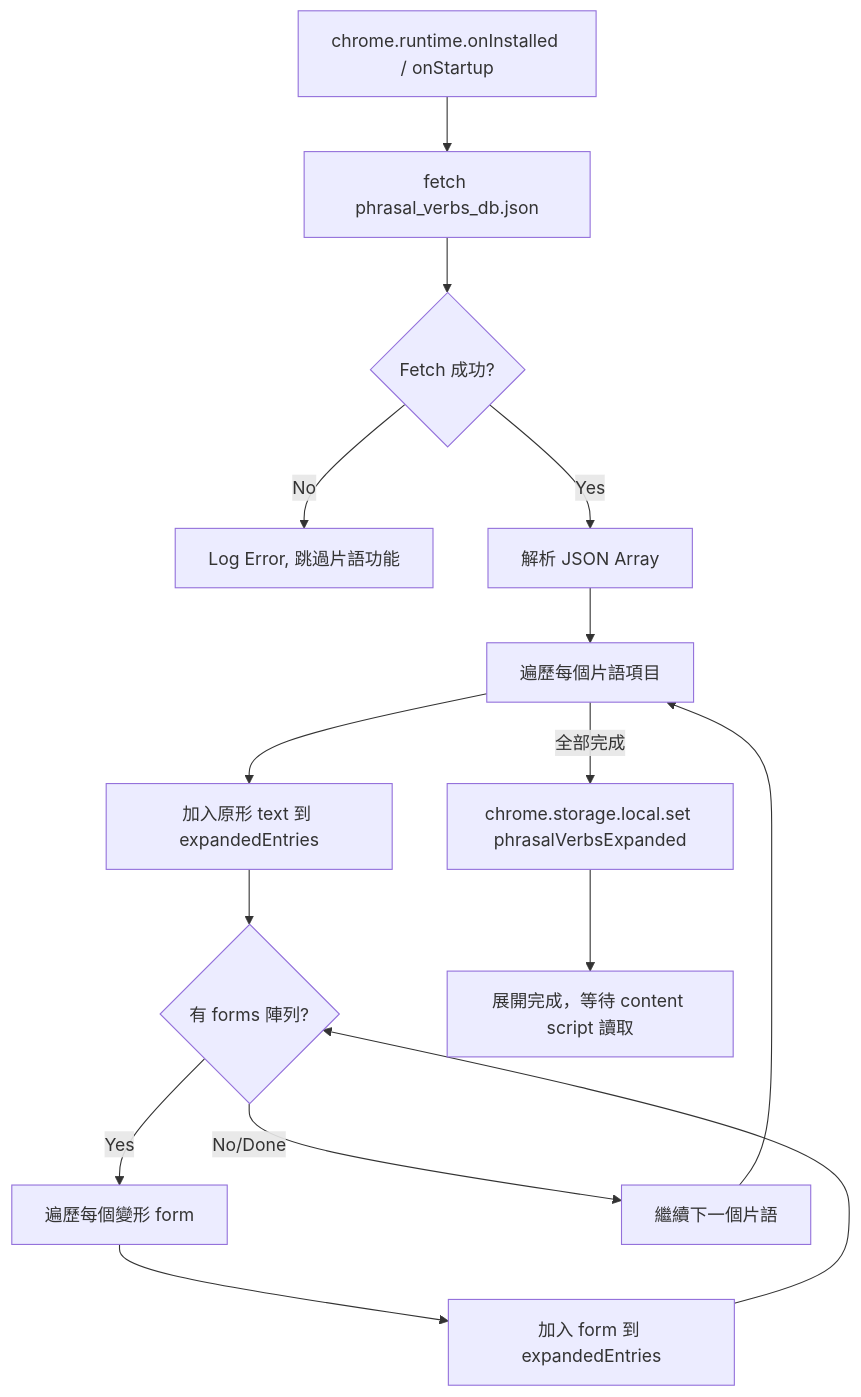
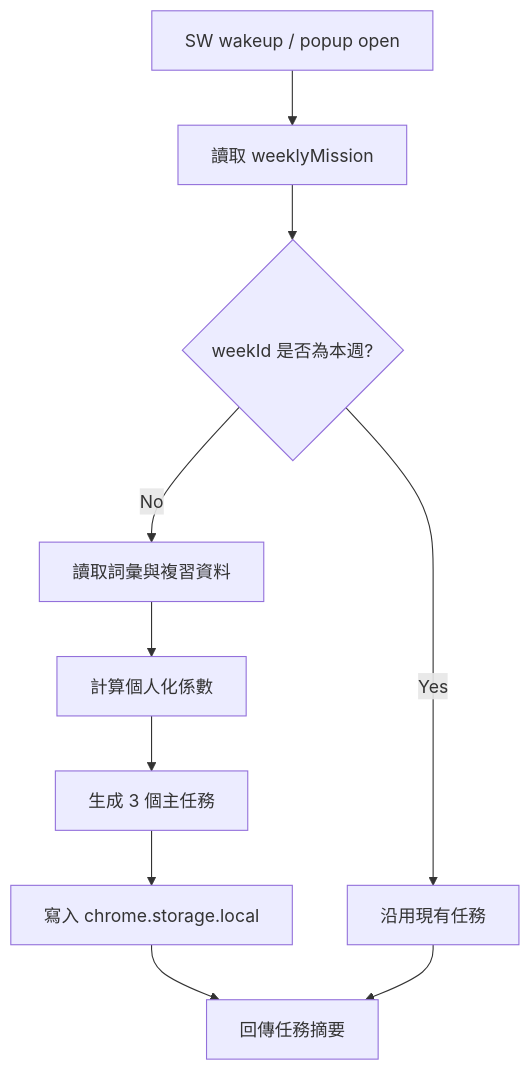
Before and after one commit to kylecheng3146/highlighting-translate: the first of 5 diagrams in .shared/05-flow-diagrams.md, drawn with Mermaid. The commit also changed other lines of this file and 24 other files, not shown here.

````diff
--- a/.shared/05-flow-diagrams.md
+++ b/.shared/05-flow-diagrams.md
@@ -16,17 +12,12 @@
 ```mermaid
 flowchart TD
-    A[chrome.runtime.onInstalled / onStartup] --> B[fetch phrasal_verbs_db.json]
-    B --> C{Fetch 成功?}
-    C -- No --> Z[Log Error, 跳過片語功能]
-    C -- Yes --> D[解析 JSON Array]
-    D --> E[遍歷每個片語項目]
-    E --> F[加入原形 text 到 expandedEntries]
-    F --> G{有 forms 陣列?}
-    G -- Yes --> H[遍歷每個變形 form]
-    H --> I[加入 form 到 expandedEntries]
-    I --> G
-    G -- No/Done --> J[繼續下一個片語]
-    J --> E
-    E -- 全部完成 --> K[chrome.storage.local.set phrasalVerbsExpanded]
-    K --> L[展開完成，等待 content script 讀取]
+    A[SW wakeup / popup open] --> B[讀取 weeklyMission]
+    B --> C{weekId 是否為本週?}
+    C -- No --> D[讀取詞彙與複習資料]
+    D --> E[計算個人化係數]
+    E --> F[生成 3 個主任務]
+    F --> G[寫入 chrome.storage.local]
+    C -- Yes --> H[沿用現有任務]
+    G --> I[回傳任務摘要]
+    H --> I
 ```
````
